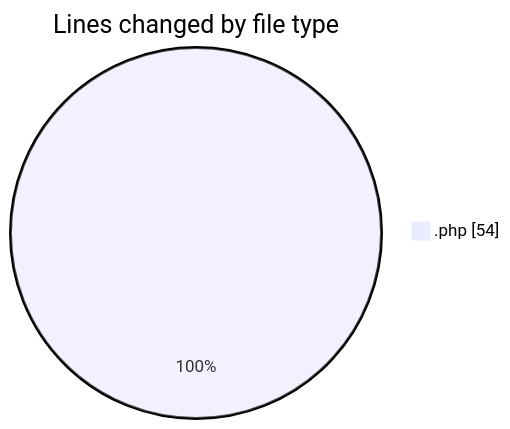
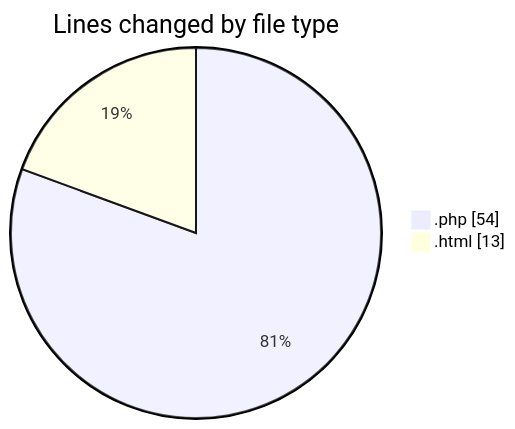
Before and after one commit to lephambinh05/code-tracking: the first of 2 diagrams in 2025-08-10/getmailotp/README.md, drawn with Mermaid. The commit also changed other lines of this file and 1 other file, not shown here.

````diff
--- a/2025-08-10/getmailotp/README.md
+++ b/2025-08-10/getmailotp/README.md
@@ -20,5 +21,6 @@
 ```mermaid
 pie showData
 title Lines changed by file type
 ".php" : 54
+".html" : 13
 ```
````
